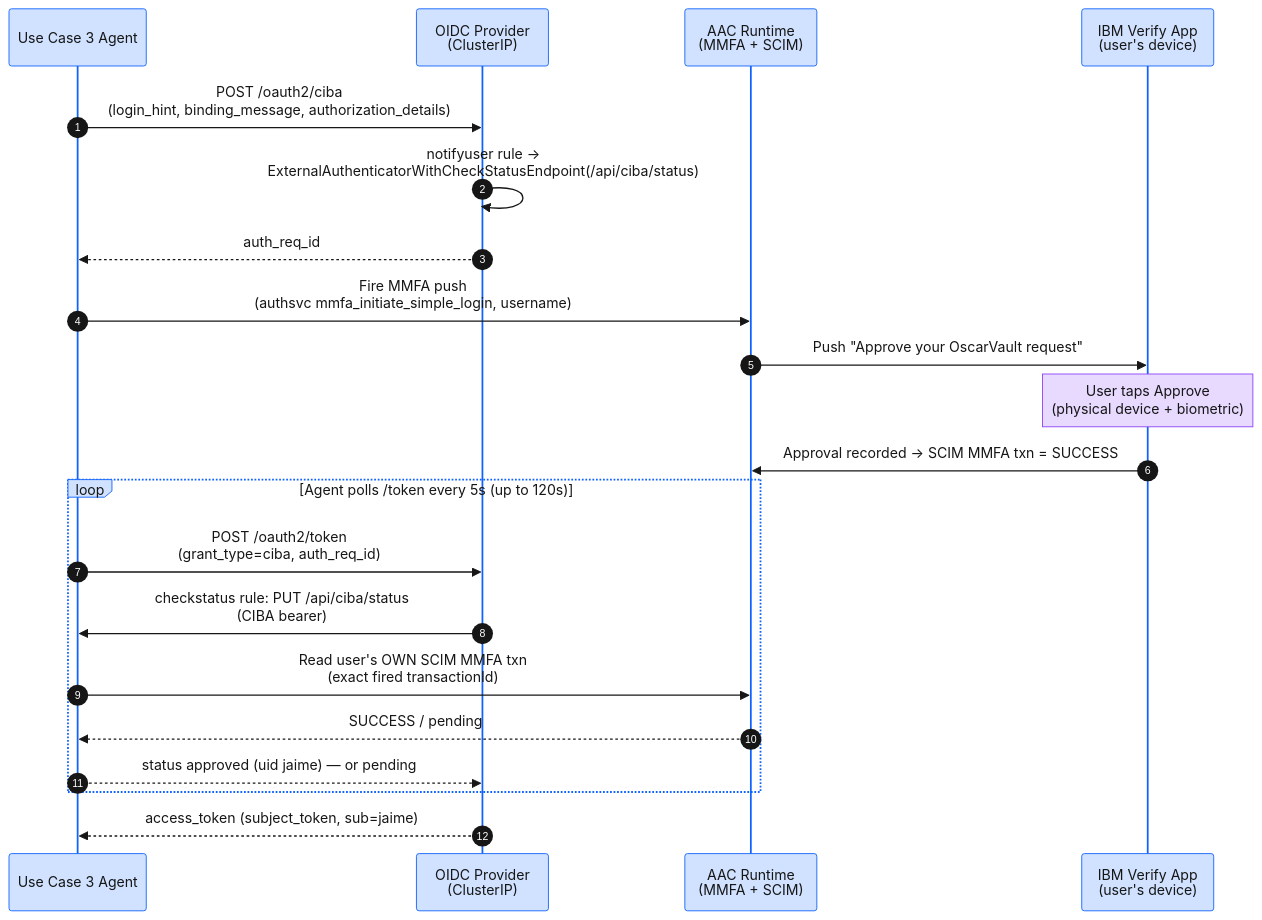
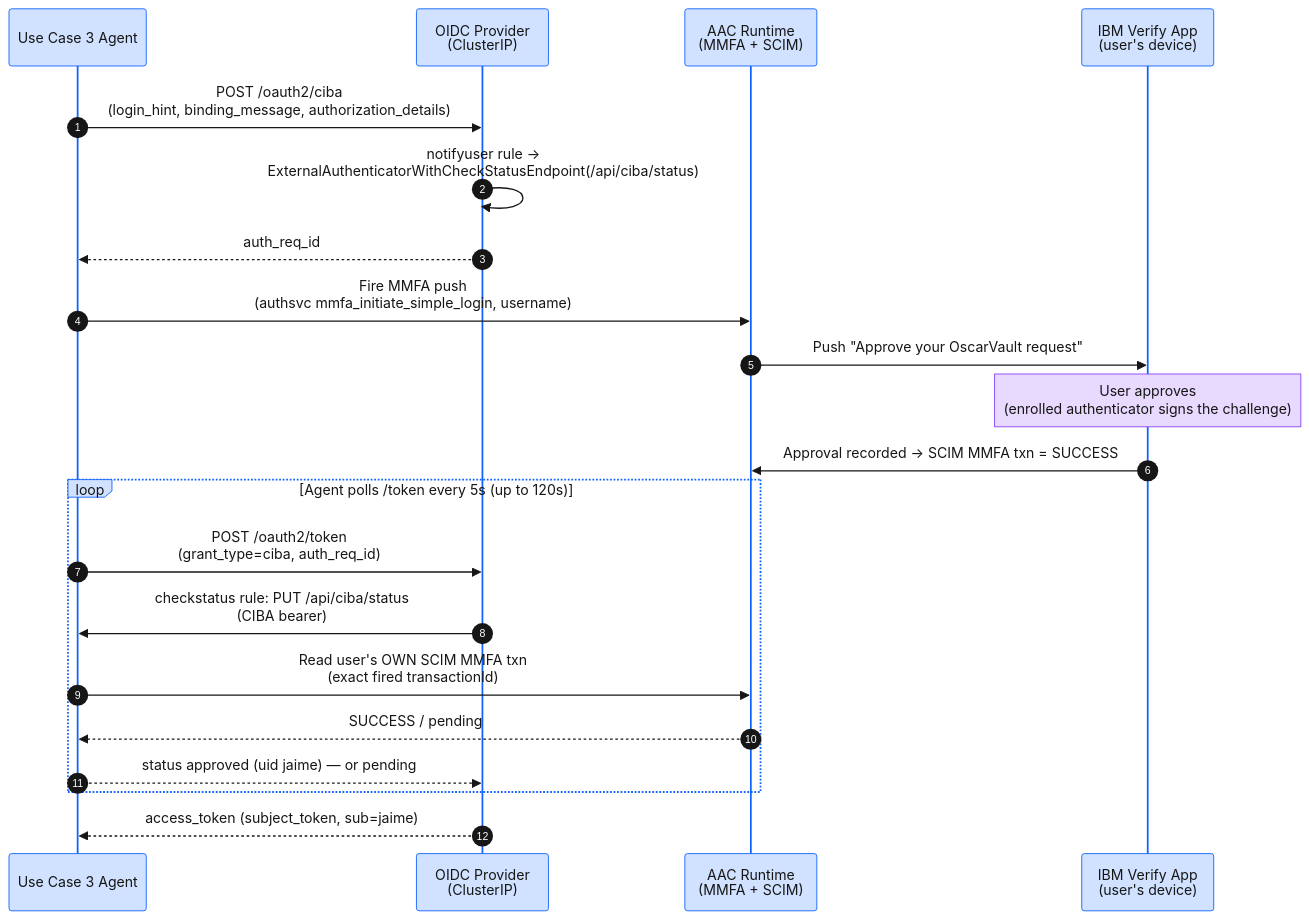
The diagram in workshop/content/70-use-case-3/71-ciba-approval-flow/index.en.md (aws-samples/sample-agentic-runtime-security-on-aws-with-vault), drawn with Mermaid before and after one commit. The commit also changed other lines of this file and 3 other files, not shown here.

````diff
--- a/workshop/content/70-use-case-3/71-ciba-approval-flow/index.en.md
+++ b/workshop/content/70-use-case-3/71-ciba-approval-flow/index.en.md
@@ -12,47 +12,47 @@
 ```mermaid
 %%{init: {'theme': 'base', 'themeVariables': {
   'primaryColor': '#d0e2ff',
   'primaryTextColor': '#161616',
   'primaryBorderColor': '#0f62fe',
   'lineColor': '#0f62fe',
   'secondaryColor': '#bae6ff',
   'tertiaryColor': '#f4f4f4',
   'noteBkgColor': '#e8daff',
   'noteTextColor': '#161616',
   'noteBorderColor': '#8a3ffc',
   'actorBkg': '#d0e2ff',
   'actorBorder': '#0f62fe',
   'actorTextColor': '#161616',
   'signalColor': '#161616',
   'signalTextColor': '#161616',
   'labelBoxBkgColor': '#d0e2ff',
   'labelBoxBorderColor': '#0f62fe',
   'labelTextColor': '#161616',
   'loopTextColor': '#161616',
   'activationBorderColor': '#0f62fe',
   'activationBkgColor': '#edf5ff',
   'sequenceNumberColor': '#ffffff'
 }}}%%
 sequenceDiagram
     autonumber
     participant Agent as Use Case 3 Agent
     participant OP as OIDC Provider<br/>(ClusterIP)
     participant RT as AAC Runtime<br/>(MMFA + SCIM)
     participant Phone as IBM Verify App<br/>(user's device)
 
     Agent->>OP: POST /oauth2/ciba<br/>(login_hint, binding_message, authorization_details)
     OP->>OP: notifyuser rule →<br/>ExternalAuthenticatorWithCheckStatusEndpoint(/api/ciba/status)
     OP-->>Agent: auth_req_id
     Agent->>RT: Fire MMFA push<br/>(authsvc mmfa_initiate_simple_login, username)
     RT->>Phone: Push "Approve your OscarVault request"
-    Note over Phone: User taps Approve<br/>(physical device + biometric)
+    Note over Phone: User approves<br/>(enrolled authenticator signs the challenge)
     Phone->>RT: Approval recorded → SCIM MMFA txn = SUCCESS
     loop Agent polls /token every 5s (up to 120s)
         Agent->>OP: POST /oauth2/token<br/>(grant_type=ciba, auth_req_id)
         OP->>Agent: checkstatus rule: PUT /api/ciba/status<br/>(CIBA bearer)
         Agent->>RT: Read user's OWN SCIM MMFA txn<br/>(exact fired transactionId)
         RT-->>Agent: SUCCESS / pending
         Agent-->>OP: status approved (uid jaime) — or pending
     end
     OP-->>Agent: access_token (subject_token, sub=jaime)
 ```
````
